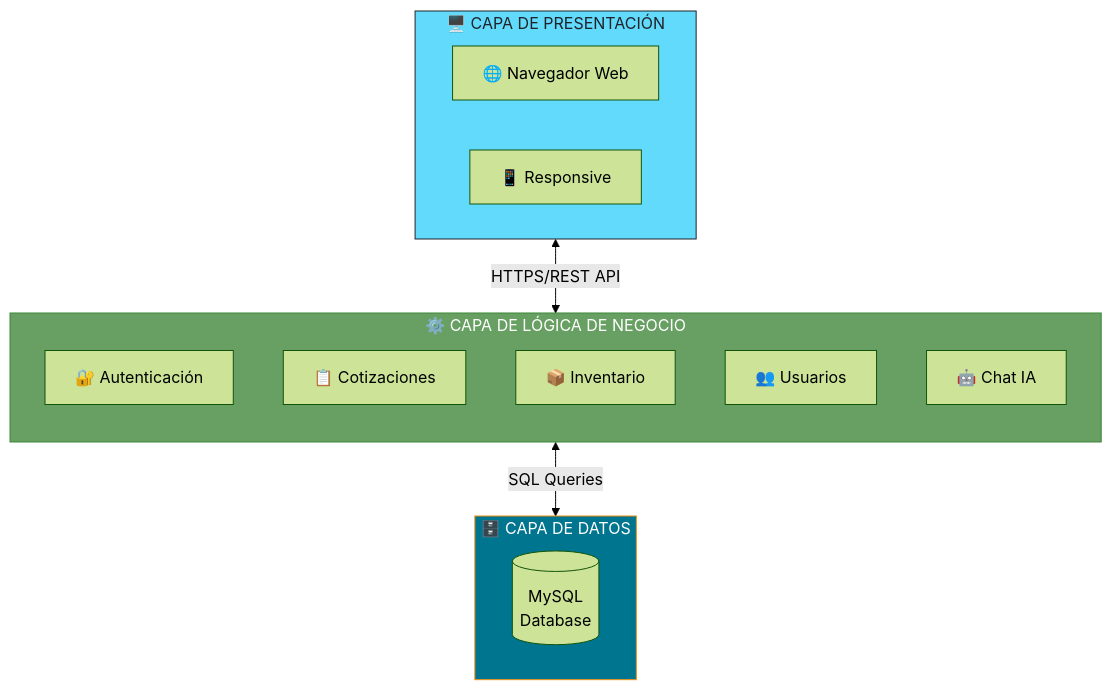
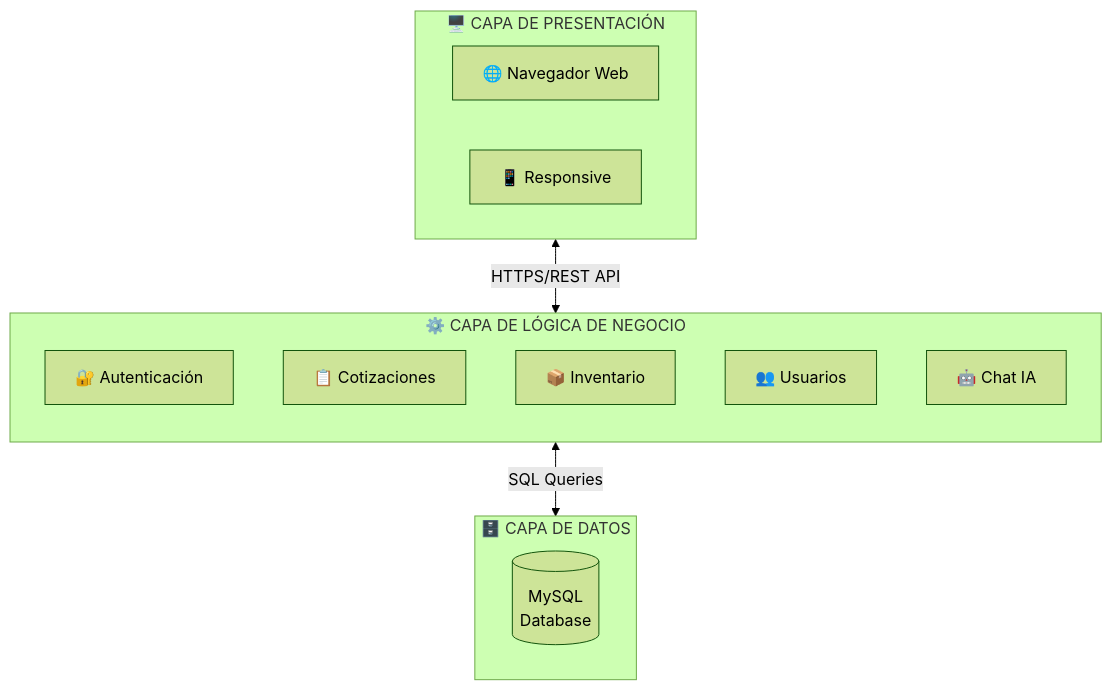
Before and after one commit to decagraff/LCService: the first of 8 diagrams in docs/05-sistema/README.md, drawn with Mermaid (forest theme). The commit also changed other lines of this file and 7 other files, not shown here.

````diff
--- a/docs/05-sistema/README.md
+++ b/docs/05-sistema/README.md
@@ -23,29 +23,26 @@
 ```mermaid
 flowchart TB
     subgraph cliente["🖥️ CAPA DE PRESENTACIÓN"]
         direction LR
         B1["🌐 Navegador Web"]
         B2["📱 Responsive"]
     end
 
     subgraph servidor["⚙️ CAPA DE LÓGICA DE NEGOCIO"]
         direction TB
         S1["🔐 Autenticación"]
         S2["📋 Cotizaciones"]
         S3["📦 Inventario"]
         S4["👥 Usuarios"]
         S5["🤖 Chat IA"]
     end
 
     subgraph datos["🗄️ CAPA DE DATOS"]
         direction LR
         DB[("MySQL<br/>Database")]
     end
 
     cliente <-->|"HTTPS/REST API"| servidor
     servidor <-->|"SQL Queries"| datos
 
-    style cliente fill:#61dafb,stroke:#20232a,color:#20232a
-    style servidor fill:#68a063,stroke:#3c873a,color:#fff
-    style datos fill:#00758f,stroke:#f29111,color:#fff
 ```
````
